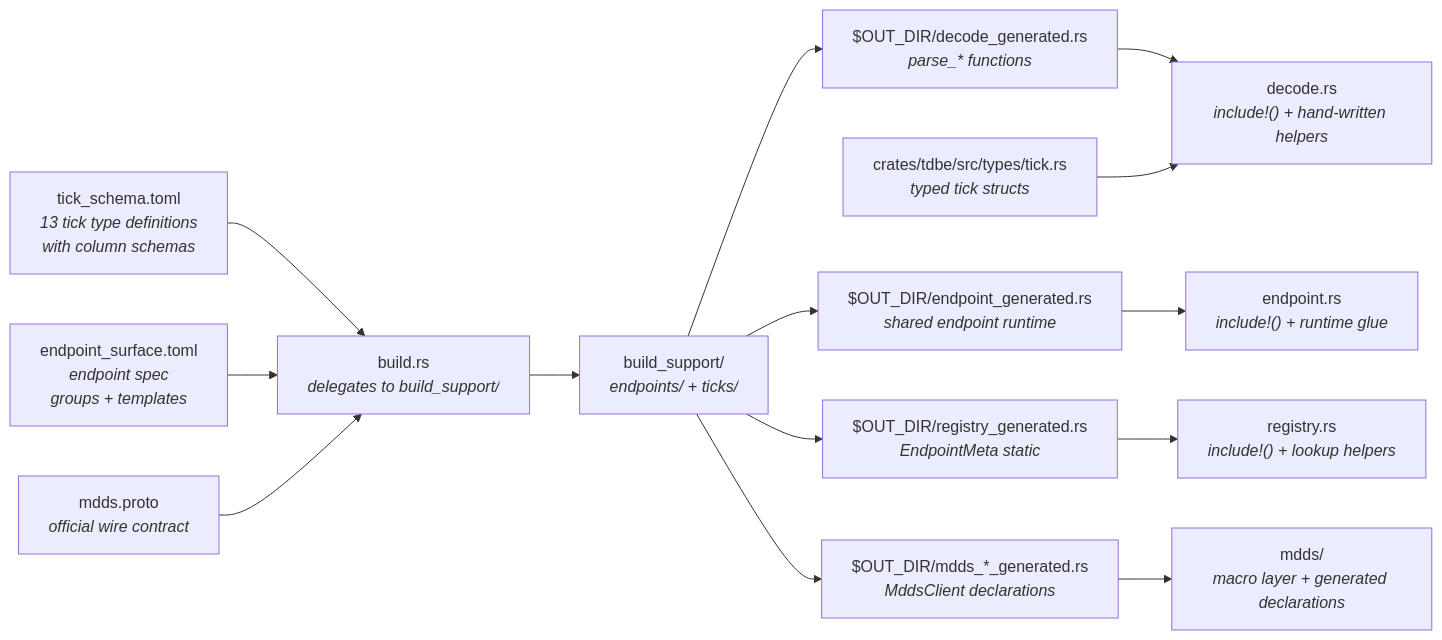
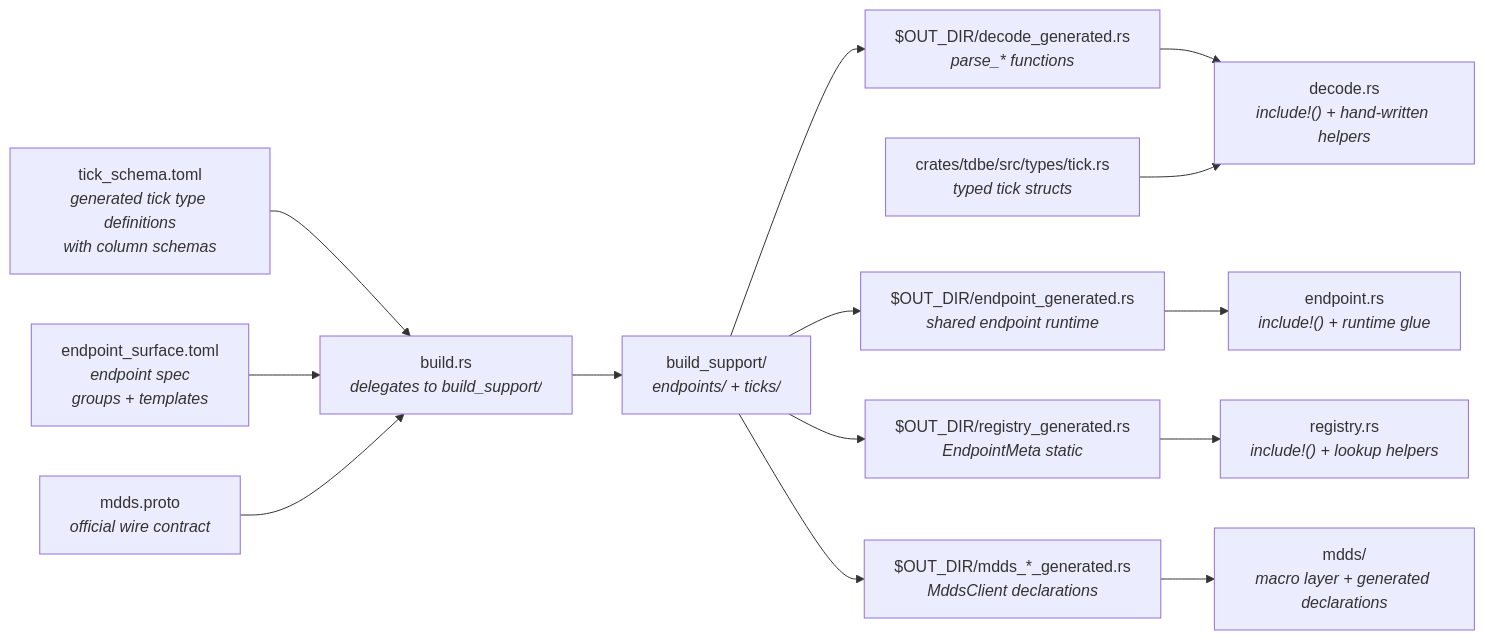
Before and after one commit to userFRM/ThetaDataDx: the sixth of 15 diagrams in docs/architecture.md, drawn with Mermaid. The commit also changed other lines of this file and 85 other files, not shown here.

````diff
--- a/docs/architecture.md
+++ b/docs/architecture.md
@@ -161,31 +161,31 @@
 ```mermaid
 flowchart LR
-    TOML["tick_schema.toml<br/><i>13 tick type definitions<br/>with column schemas</i>"]
+    TOML["tick_schema.toml<br/><i>generated tick type definitions<br/>with column schemas</i>"]
     SURFACE["endpoint_surface.toml<br/><i>endpoint spec<br/>groups + templates</i>"]
     PROTO["mdds.proto<br/><i>official wire contract</i>"]
     BUILD["build.rs<br/><i>delegates to build_support/</i>"]
     SUPPORT["build_support/<br/><i>endpoints/ + ticks/</i>"]
     PARSERS["$OUT_DIR/decode_generated.rs<br/><i>parse_* functions</i>"]
     RUNTIME["$OUT_DIR/endpoint_generated.rs<br/><i>shared endpoint runtime</i>"]
     REGISTRY_GEN["$OUT_DIR/registry_generated.rs<br/><i>EndpointMeta static</i>"]
     DIRECT_GEN["$OUT_DIR/mdds_*_generated.rs<br/><i>MddsClient declarations</i>"]
     TICK["crates/tdbe/src/types/tick.rs<br/><i>typed tick structs</i>"]
     DECODE["decode.rs<br/><i>include!() + hand-written helpers</i>"]
     ENDPOINT["endpoint.rs<br/><i>include!() + runtime glue</i>"]
     REGISTRY["registry.rs<br/><i>include!() + lookup helpers</i>"]
     DIRECT["mdds/<br/><i>macro layer + generated declarations</i>"]
 
     TOML --> BUILD
     SURFACE --> BUILD
     PROTO --> BUILD
     BUILD --> SUPPORT
     SUPPORT --> PARSERS
     SUPPORT --> RUNTIME
     SUPPORT --> REGISTRY_GEN
     SUPPORT --> DIRECT_GEN
     PARSERS --> DECODE
     TICK --> DECODE
     RUNTIME --> ENDPOINT
     REGISTRY_GEN --> REGISTRY
     DIRECT_GEN --> DIRECT
 ```
````
